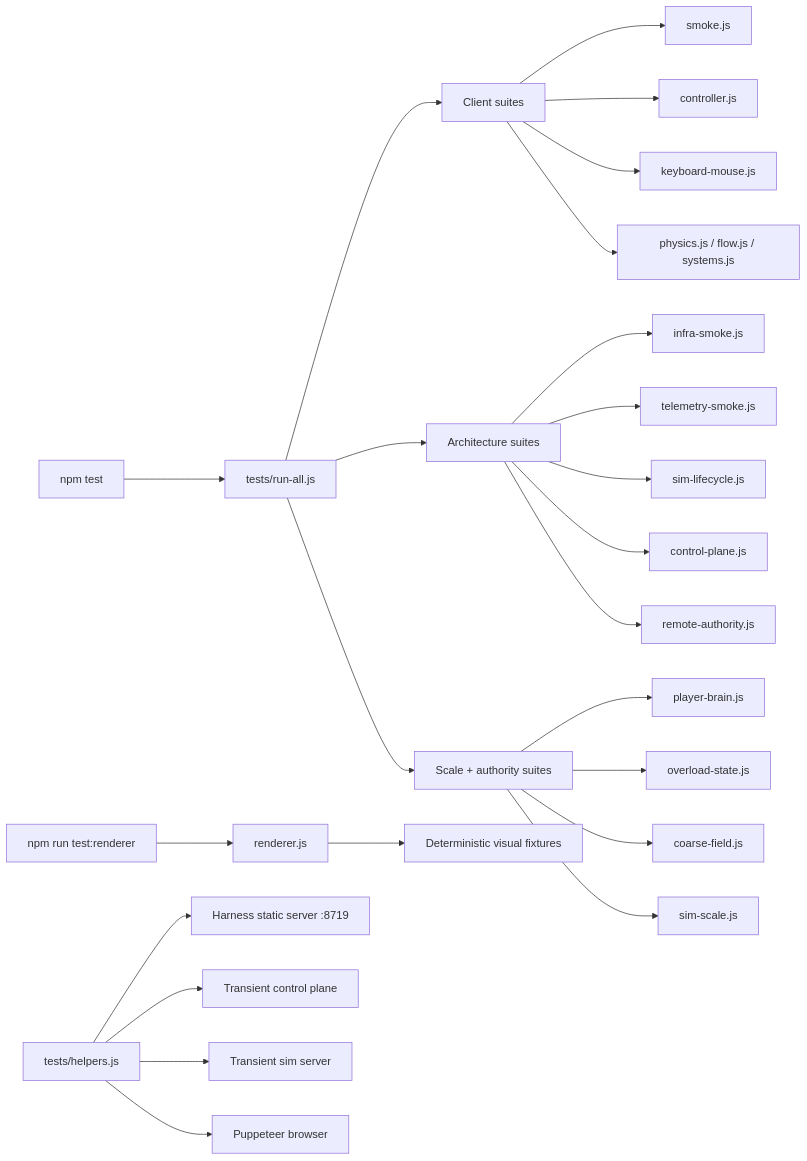
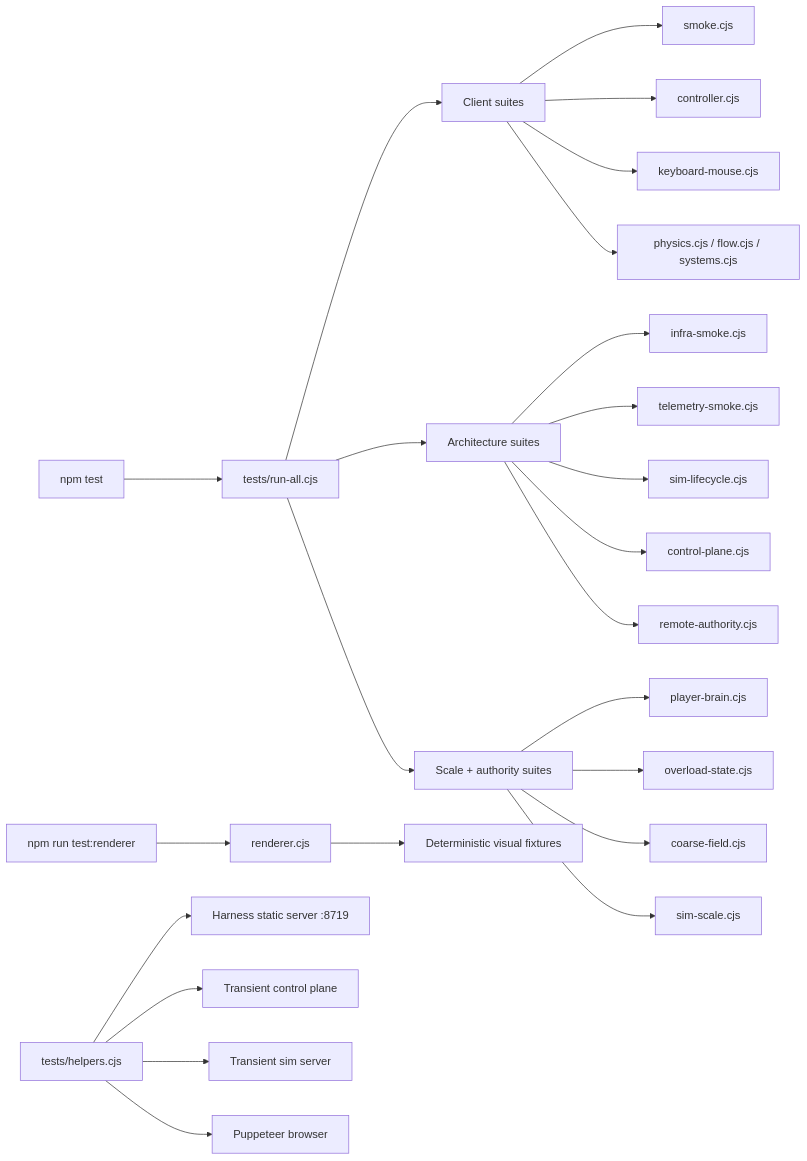
Before and after one commit to theysayheygreg/last-black-hole: the diagram in docs/reference/TEST-HARNESS.md, drawn with Mermaid. The commit also changed other lines of this file and 26 other files, not shown here.

Commit message:
Fix: harden movement parity and remote harness

````diff
--- a/docs/reference/TEST-HARNESS.md
+++ b/docs/reference/TEST-HARNESS.md
@@ -20,31 +20,31 @@
 ```mermaid
 flowchart LR
-    A["npm test"] --> B["tests/run-all.js"]
+    A["npm test"] --> B["tests/run-all.cjs"]
     B --> C["Client suites"]
     B --> D["Architecture suites"]
     B --> E["Scale + authority suites"]
 
-    C --> C1["smoke.js"]
-    C --> C2["controller.js"]
-    C --> C3["keyboard-mouse.js"]
-    C --> C4["physics.js / flow.js / systems.js"]
+    C --> C1["smoke.cjs"]
+    C --> C2["controller.cjs"]
+    C --> C3["keyboard-mouse.cjs"]
+    C --> C4["physics.cjs / flow.cjs / systems.cjs"]
 
-    D --> D1["infra-smoke.js"]
-    D --> D2["telemetry-smoke.js"]
-    D --> D3["sim-lifecycle.js"]
-    D --> D4["control-plane.js"]
-    D --> D5["remote-authority.js"]
+    D --> D1["infra-smoke.cjs"]
+    D --> D2["telemetry-smoke.cjs"]
+    D --> D3["sim-lifecycle.cjs"]
+    D --> D4["control-plane.cjs"]
+    D --> D5["remote-authority.cjs"]
 
-    E --> E1["player-brain.js"]
-    E --> E2["overload-state.js"]
-    E --> E3["coarse-field.js"]
-    E --> E4["sim-scale.js"]
+    E --> E1["player-brain.cjs"]
+    E --> E2["overload-state.cjs"]
+    E --> E3["coarse-field.cjs"]
+    E --> E4["sim-scale.cjs"]
 
-    F["npm run test:renderer"] --> G["renderer.js"]
+    F["npm run test:renderer"] --> G["renderer.cjs"]
     G --> H["Deterministic visual fixtures"]
 
-    I["tests/helpers.js"] --> J["Harness static server :8719"]
+    I["tests/helpers.cjs"] --> J["Harness static server :8719"]
     I --> K["Transient control plane"]
     I --> L["Transient sim server"]
     I --> M["Puppeteer browser"]
 ```
````
